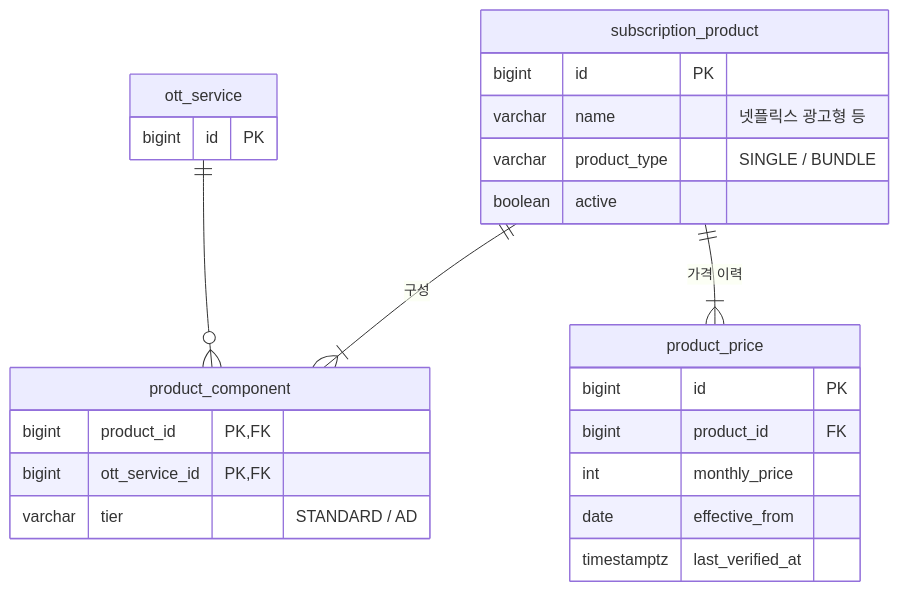
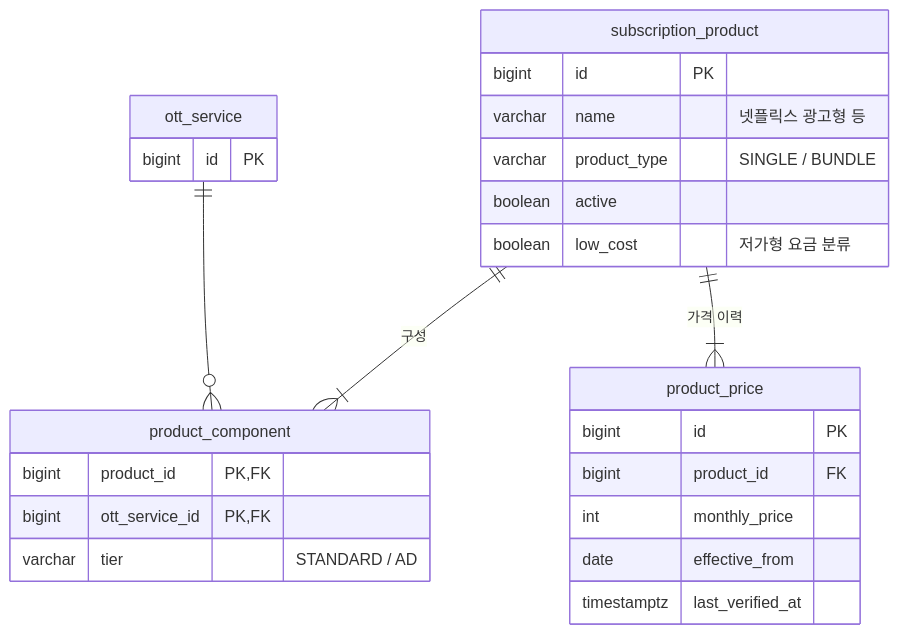
The third of 5 diagrams in docs/ERD.md (msw-Hub/ottnavi), drawn with Mermaid before and after one commit. The commit also changed other lines of this file and 219 other files, not shown here.

````diff
--- a/docs/ERD.md
+++ b/docs/ERD.md
@@ -209,27 +209,28 @@
 ```mermaid
 erDiagram
   subscription_product ||--|{ product_component : "구성"
   ott_service ||--o{ product_component : ""
   subscription_product ||--|{ product_price : "가격 이력"
   subscription_product {
     bigint id PK
     varchar name "넷플릭스 광고형 등"
     varchar product_type "SINGLE / BUNDLE"
     boolean active
+    boolean low_cost "저가형 요금 분류"
   }
   product_component {
     bigint product_id PK, FK
     bigint ott_service_id PK, FK
     varchar tier "STANDARD / AD"
   }
   product_price {
     bigint id PK
     bigint product_id FK
     int monthly_price
     date effective_from
     timestamptz last_verified_at
   }
   ott_service {
     bigint id PK
   }
 ```
````
